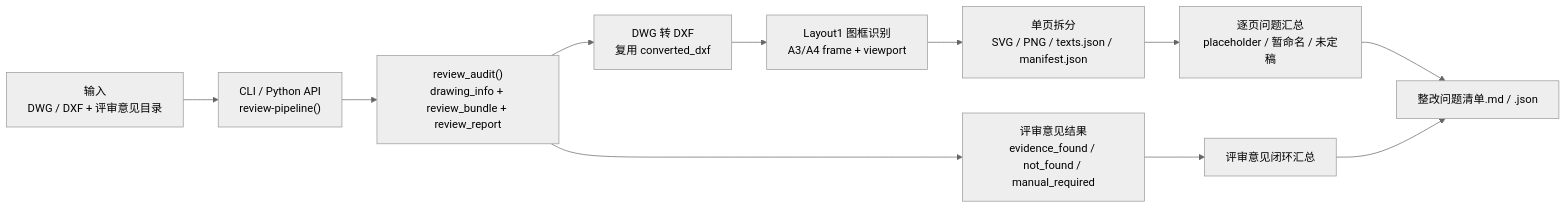
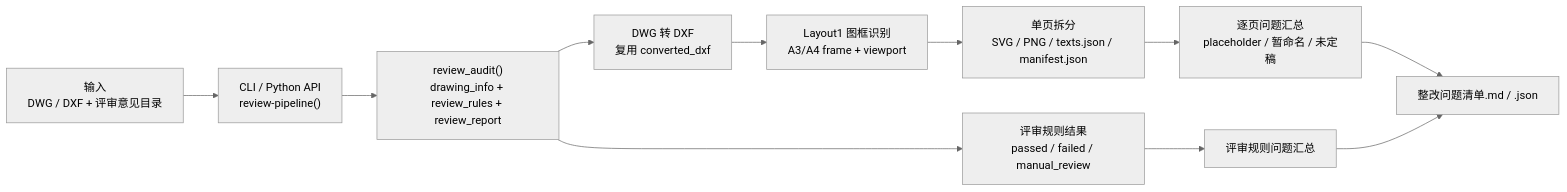
The third of 4 diagrams in readme.md (live-in-the-moment/SparkFlow), drawn with Mermaid (neutral theme) before and after one commit. The commit also changed other lines of this file and 6 other files, not shown here.

````diff
--- a/readme.md
+++ b/readme.md
@@ -104,13 +107,13 @@
 ```mermaid
 flowchart LR
   A["输入<br/>DWG / DXF + 评审意见目录"] --> B["CLI / Python API<br/>review-pipeline()"]
-  B --> C["review_audit()<br/>drawing_info + review_bundle + review_report"]
+  B --> C["review_audit()<br/>drawing_info + review_rules + review_report"]
   C --> D["DWG 转 DXF<br/>复用 converted_dxf"]
   D --> E["Layout1 图框识别<br/>A3/A4 frame + viewport"]
   E --> F["单页拆分<br/>SVG / PNG / texts.json / manifest.json"]
-  C --> G["评审意见结果<br/>evidence_found / not_found / manual_required"]
+  C --> G["评审规则结果<br/>passed / failed / manual_review"]
   F --> H["逐页问题汇总<br/>placeholder / 暂命名 / 未定稿"]
-  G --> I["评审意见闭环汇总"]
+  G --> I["评审规则问题汇总"]
   H --> J["整改问题清单.md / .json"]
   I --> J
 ```
````
